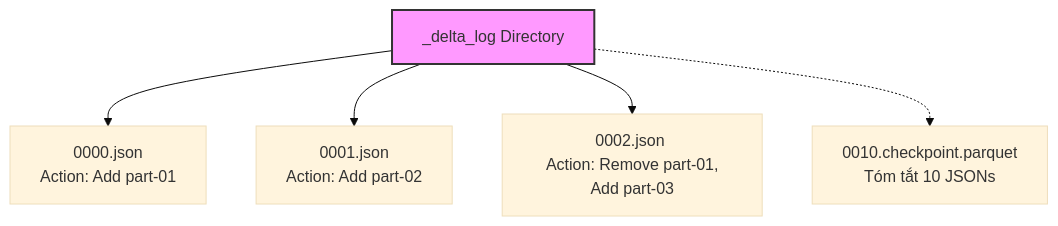
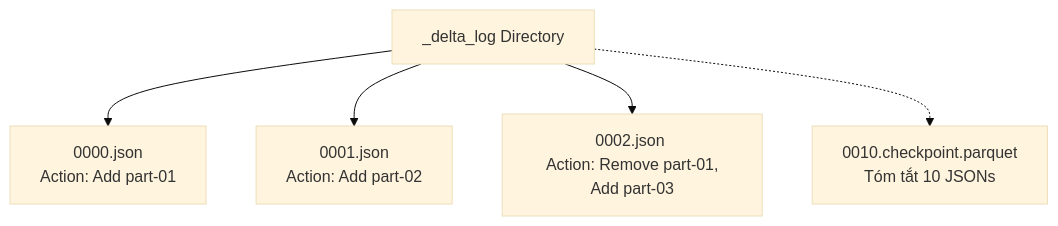
Before and after one commit to kythuatdulieu/kythuatdulieu.github.io: the second of 2 diagrams in src/content/docs/concepts/3-storage-engines-formats/lakehouse.md, drawn with Mermaid (base theme). The commit also changed other lines of this file and 682 other files, not shown here.

````diff
--- a/src/content/docs/concepts/3-storage-engines-formats/lakehouse.md
+++ b/src/content/docs/concepts/3-storage-engines-formats/lakehouse.md
@@ -53,9 +52,8 @@
 ```mermaid
 graph TD
     DL["_delta_log Directory"] --> C1["0000.json <br/> Action: Add part-01"]
     DL --> C2["0001.json <br/> Action: Add part-02"]
     DL --> C3["0002.json <br/> Action: Remove part-01, Add part-03"]
     DL -.-> CP["0010.checkpoint.parquet <br/> Tóm tắt 10 JSONs"]
-    
-    style DL fill:#f9f,stroke:#333,stroke-width:2px
+
 ```
````
